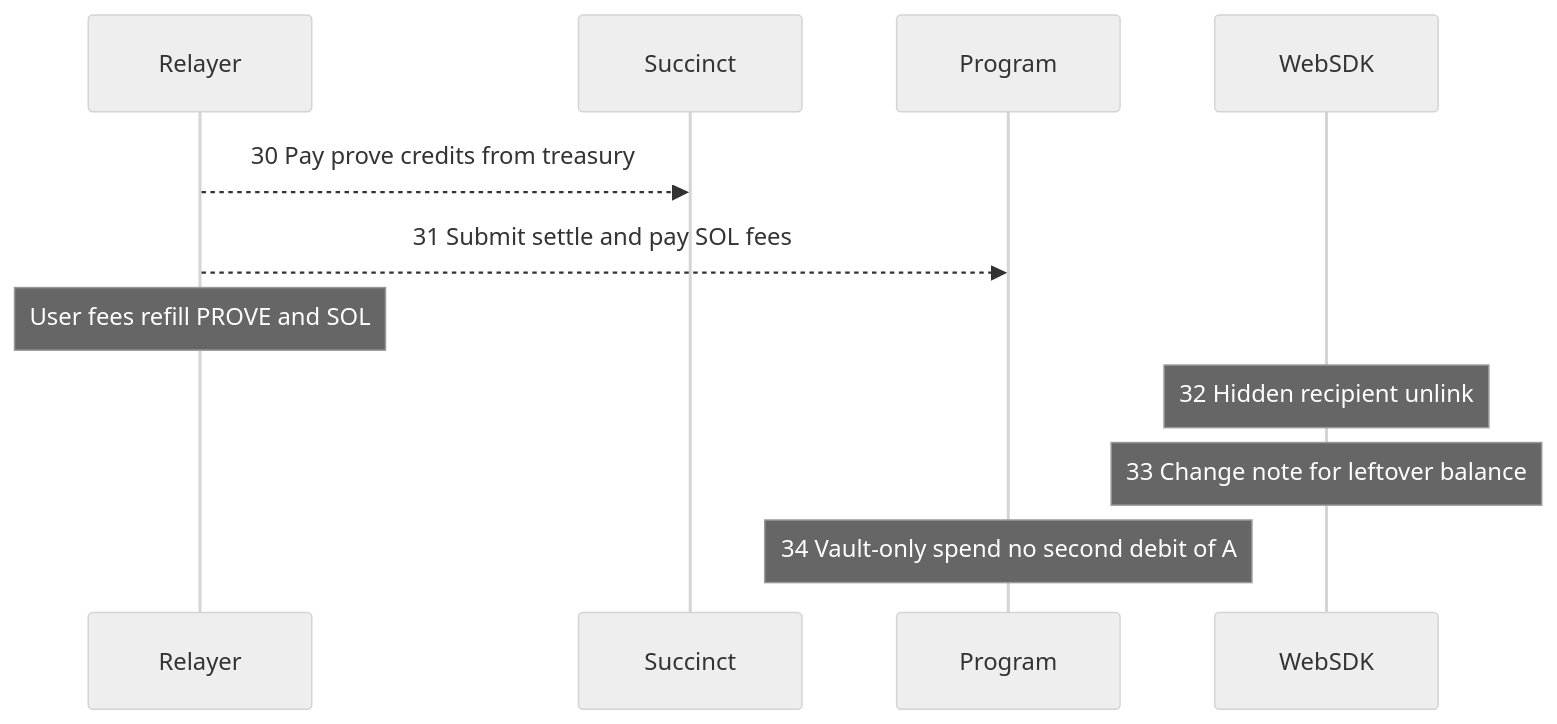
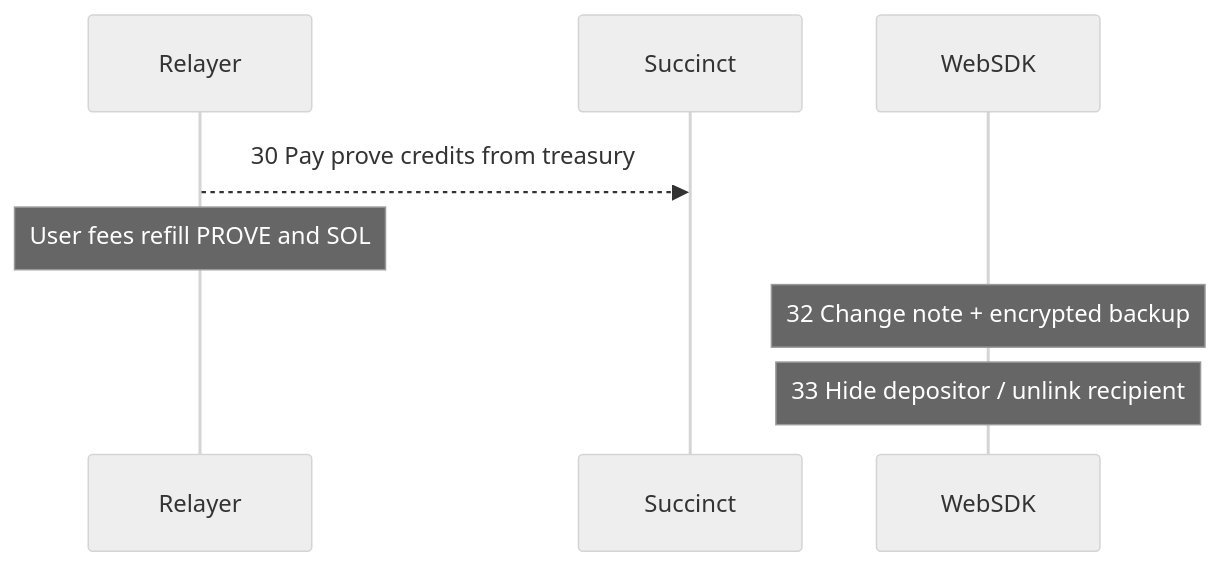
One commit to pprogrammingg/zk-spot-shield changed the sixth of 7 diagrams in docs/architecture.md. Above: the diagram before and after it, drawn with Mermaid (neutral theme). The commit also changed other lines of this file and 46 other files, not shown here.

````diff
--- a/docs/architecture.md
+++ b/docs/architecture.md
@@ -163,13 +160,10 @@
 ```mermaid
 sequenceDiagram
   participant Rel as Relayer
   participant Net as Succinct
-  participant Prog as Program
   participant W as WebSDK
   Rel-->>Net: 30 Pay prove credits from treasury
-  Rel-->>Prog: 31 Submit settle and pay SOL fees
   Note over Rel: User fees refill PROVE and SOL
-  Note over W: 32 Hidden recipient unlink
-  Note over W: 33 Change note for leftover balance
-  Note over Prog: 34 Vault-only spend no second debit of A
+  Note over W: 32 Change note + encrypted backup
+  Note over W: 33 Hide depositor / unlink recipient
 ```
````
